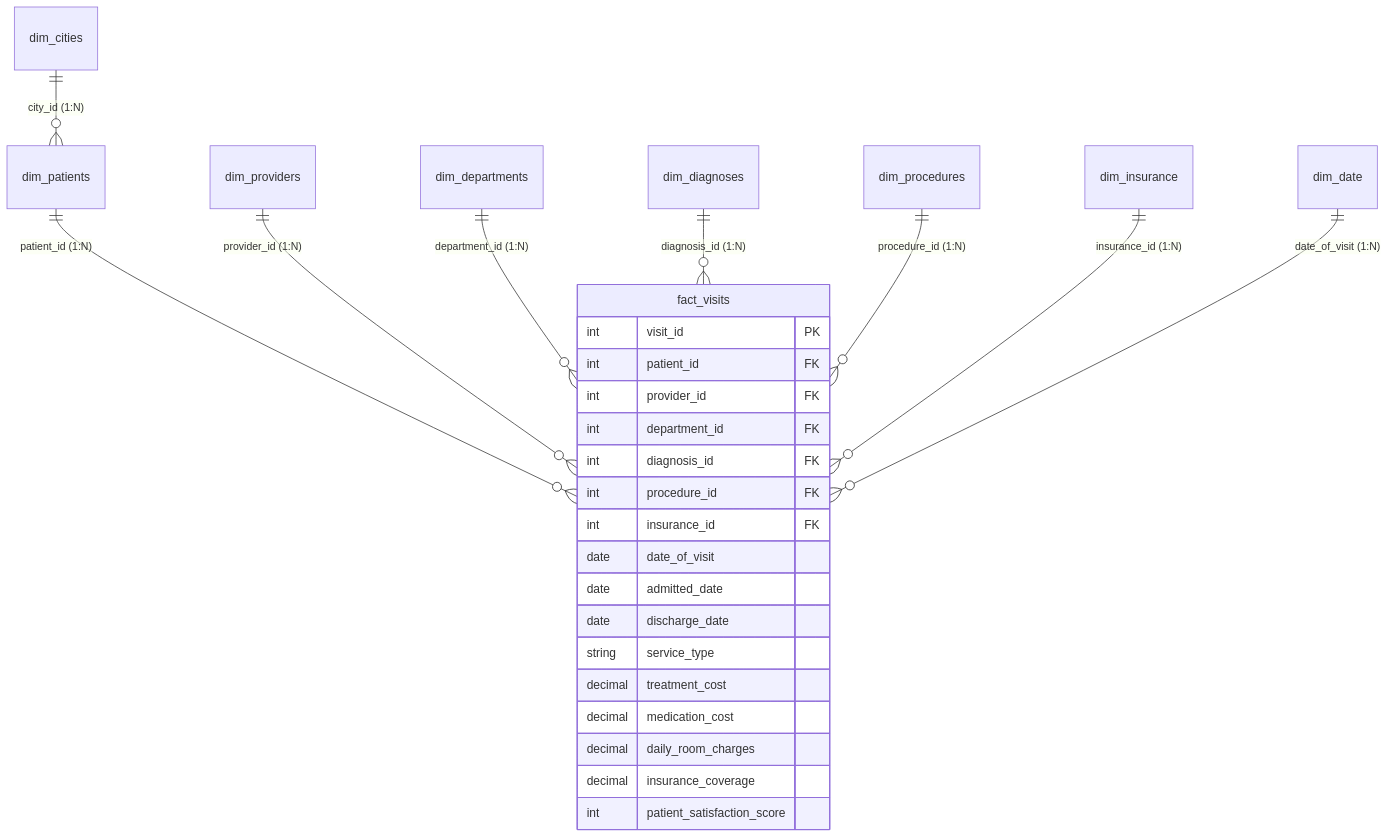
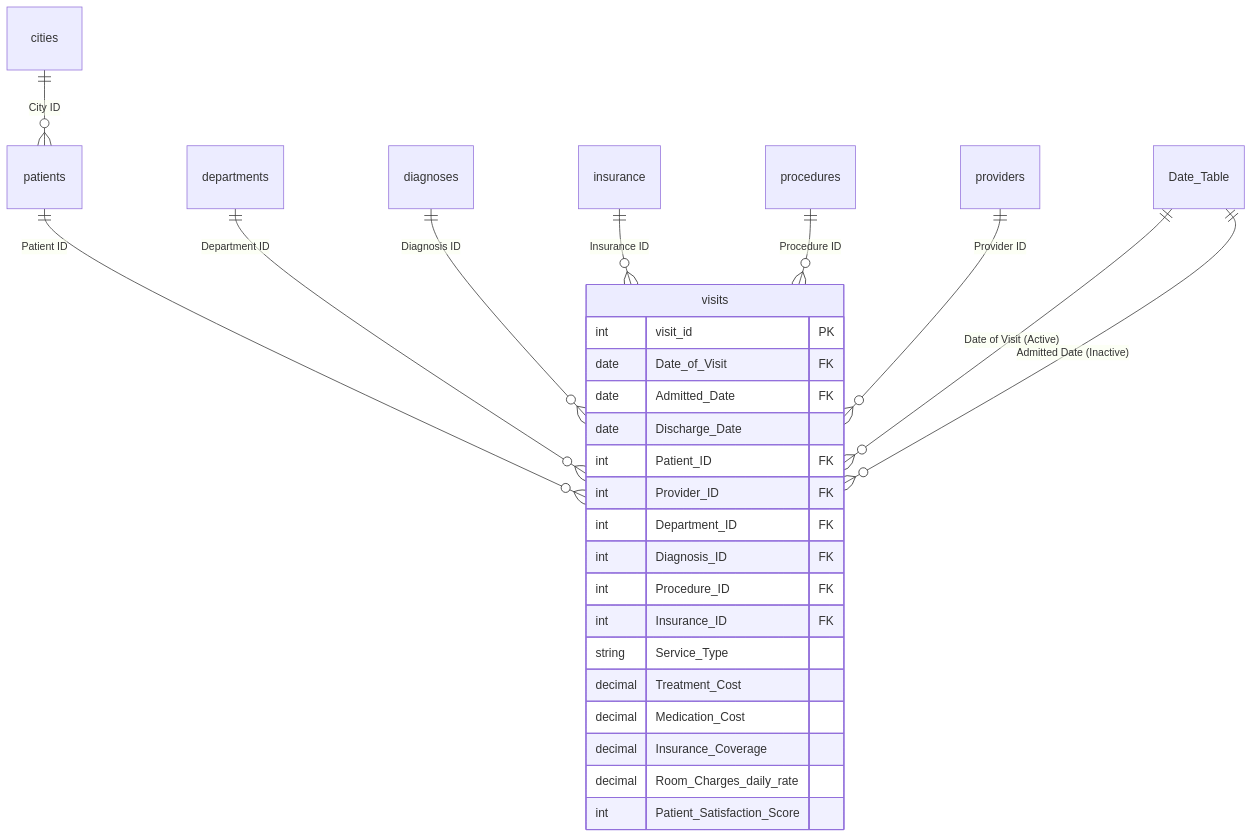
The diagram in README.md (ravinder0710/healthcare-provider-analytics-powerbi), drawn with Mermaid before and after one commit. The commit also changed other lines of this file and 6 other files, not shown here.

````diff
--- a/README.md
+++ b/README.md
@@ -63,30 +56,31 @@
 ```mermaid
 erDiagram
-    dim_patients ||--o{ fact_visits : "patient_id (1:N)"
-    dim_providers ||--o{ fact_visits : "provider_id (1:N)"
-    dim_departments ||--o{ fact_visits : "department_id (1:N)"
-    dim_diagnoses ||--o{ fact_visits : "diagnosis_id (1:N)"
-    dim_procedures ||--o{ fact_visits : "procedure_id (1:N)"
-    dim_insurance ||--o{ fact_visits : "insurance_id (1:N)"
-    dim_cities ||--o{ dim_patients : "city_id (1:N)"
-    dim_date ||--o{ fact_visits : "date_of_visit (1:N)"
+    cities ||--o{ patients : "City ID"
+    patients ||--o{ visits : "Patient ID"
+    departments ||--o{ visits : "Department ID"
+    diagnoses ||--o{ visits : "Diagnosis ID"
+    insurance ||--o{ visits : "Insurance ID"
+    procedures ||--o{ visits : "Procedure ID"
+    providers ||--o{ visits : "Provider ID"
+    Date_Table ||--o{ visits : "Date of Visit (Active)"
+    Date_Table ||--o{ visits : "Admitted Date (Inactive)"
 
-    fact_visits {
+    visits {
         int visit_id PK
-        int patient_id FK
-        int provider_id FK
-        int department_id FK
-        int diagnosis_id FK
-        int procedure_id FK
-        int insurance_id FK
-        date date_of_visit
-        date admitted_date
-        date discharge_date
-        string service_type
-        decimal treatment_cost
-        decimal medication_cost
-        decimal daily_room_charges
-        decimal insurance_coverage
-        int patient_satisfaction_score
+        date Date_of_Visit FK
+        date Admitted_Date FK
+        date Discharge_Date
+        int Patient_ID FK
+        int Provider_ID FK
+        int Department_ID FK
+        int Diagnosis_ID FK
+        int Procedure_ID FK
+        int Insurance_ID FK
+        string Service_Type
+        decimal Treatment_Cost
+        decimal Medication_Cost
+        decimal Insurance_Coverage
+        decimal Room_Charges_daily_rate
+        int Patient_Satisfaction_Score
     }
 ```
````
